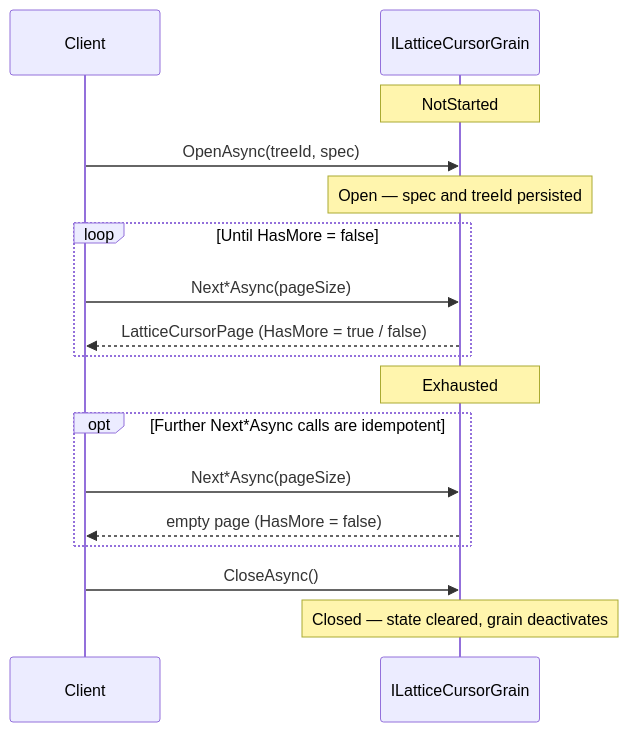
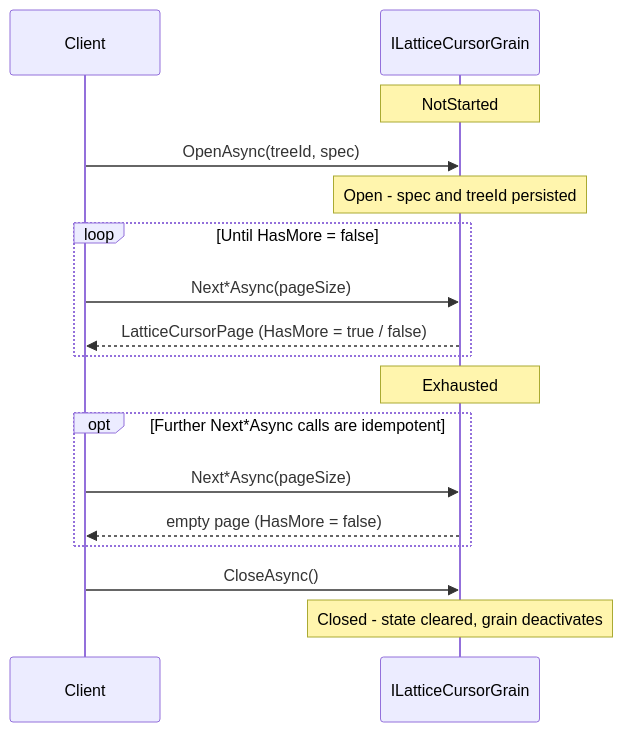
The second of 4 diagrams in docs/lattice/durable-cursors.md (NSTA1/Orleans.Lattice), drawn with Mermaid before and after one commit. The commit also changed other lines of this file and 518 other files, not shown here.

````diff
--- a/docs/lattice/durable-cursors.md
+++ b/docs/lattice/durable-cursors.md
@@ -77,25 +77,25 @@
 ```mermaid
 sequenceDiagram
     participant C as Client
     participant G as ILatticeCursorGrain
 
     Note over G: NotStarted
 
     C->>G: OpenAsync(treeId, spec)
-    Note over G: Open — spec and treeId persisted
+    Note over G: Open - spec and treeId persisted
 
     loop Until HasMore = false
         C->>G: Next*Async(pageSize)
         G-->>C: LatticeCursorPage (HasMore = true / false)
     end
 
     Note over G: Exhausted
 
     opt Further Next*Async calls are idempotent
         C->>G: Next*Async(pageSize)
         G-->>C: empty page (HasMore = false)
     end
 
     C->>G: CloseAsync()
-    Note over G: Closed — state cleared, grain deactivates
+    Note over G: Closed - state cleared, grain deactivates
 ```
````
